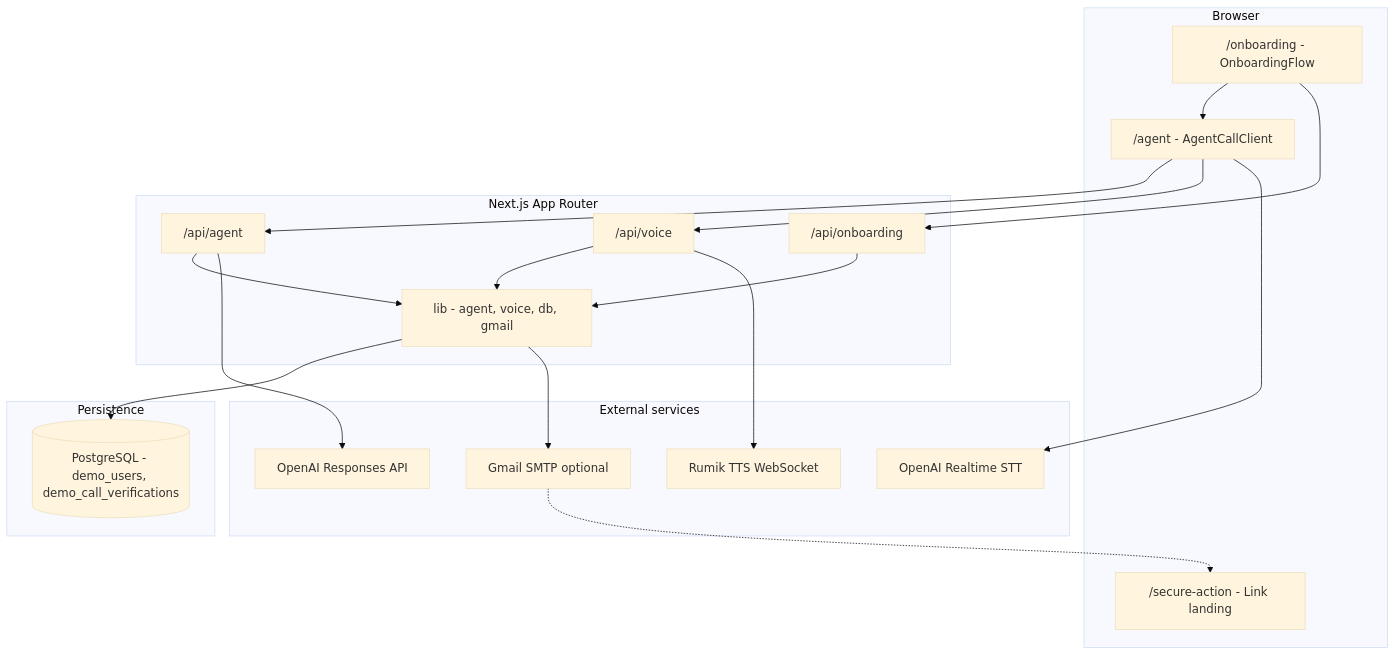
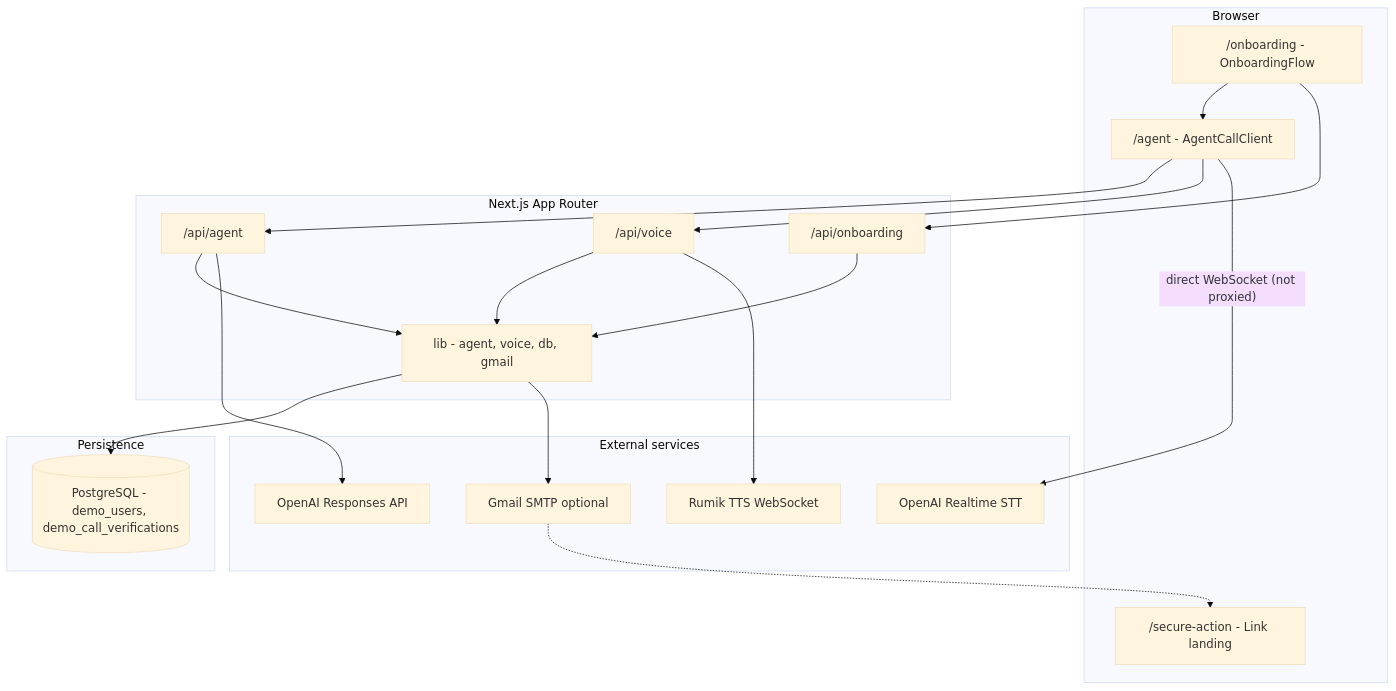
Before and after one commit to veeradyani222/stable-money-rumik: the first of 3 diagrams in README.md, drawn with Mermaid (base theme). The commit also changed other lines of this file, not shown here.

Commit message:
update architecture diagram in readme.md

````diff
--- a/README.md
+++ b/README.md
@@ -48,40 +48,40 @@
 ```mermaid
 flowchart TB
   subgraph Client["Browser"]
     ONB["/onboarding - OnboardingFlow"]
     AGT["/agent - AgentCallClient"]
     SEC["/secure-action - Link landing"]
     ONB --> AGT
   end
 
   subgraph Next["Next.js App Router"]
     API_ONB["/api/onboarding"]
     API_AGT["/api/agent"]
     API_VOICE["/api/voice"]
     LIB["lib - agent, voice, db, gmail"]
     API_ONB --> LIB
     API_AGT --> LIB
     API_VOICE --> LIB
   end
 
   subgraph Data["Persistence"]
     PG[("PostgreSQL - demo_users, demo_call_verifications")]
   end
 
   subgraph External["External services"]
     OAI_STT["OpenAI Realtime STT"]
     OAI_LLM["OpenAI Responses API"]
     RUMIK["Rumik TTS WebSocket"]
     GMAIL["Gmail SMTP optional"]
   end
 
   ONB --> API_ONB
   AGT --> API_AGT
   AGT --> API_VOICE
-  AGT --> OAI_STT
+  AGT -->|"direct WebSocket (not proxied)"| OAI_STT
   API_AGT --> OAI_LLM
   API_VOICE --> RUMIK
   LIB --> PG
   LIB --> GMAIL
   GMAIL -.-> SEC
 ```
````
